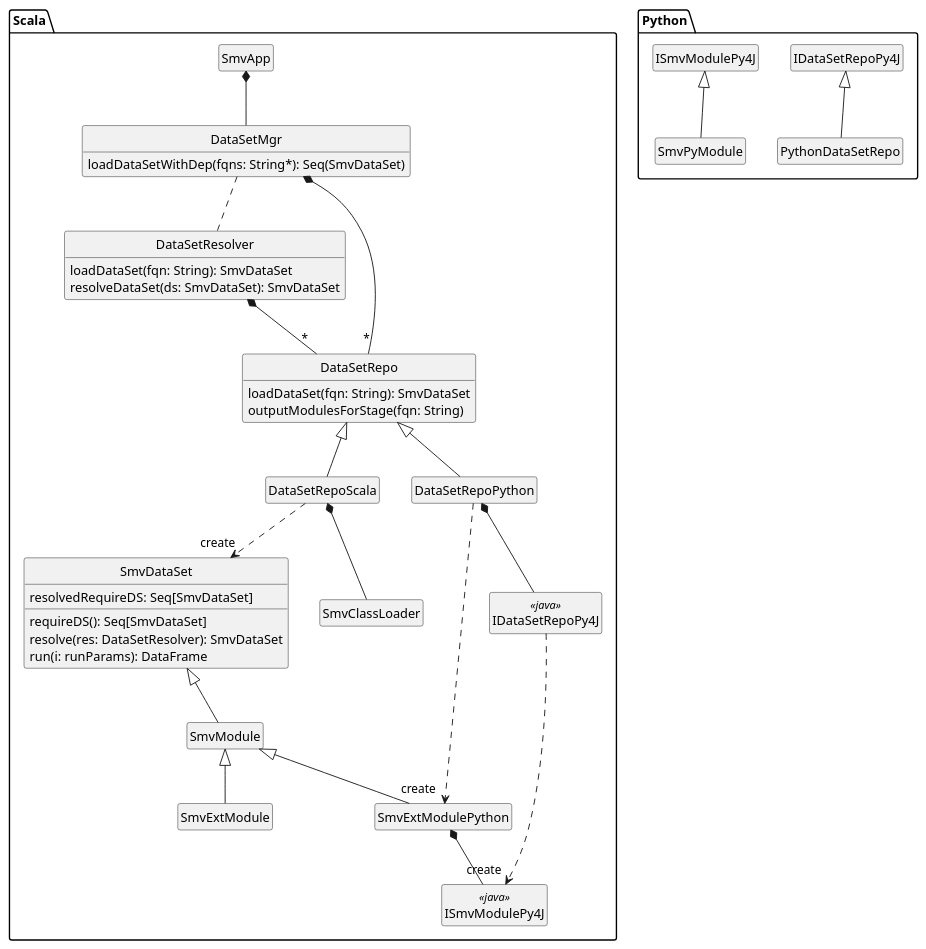
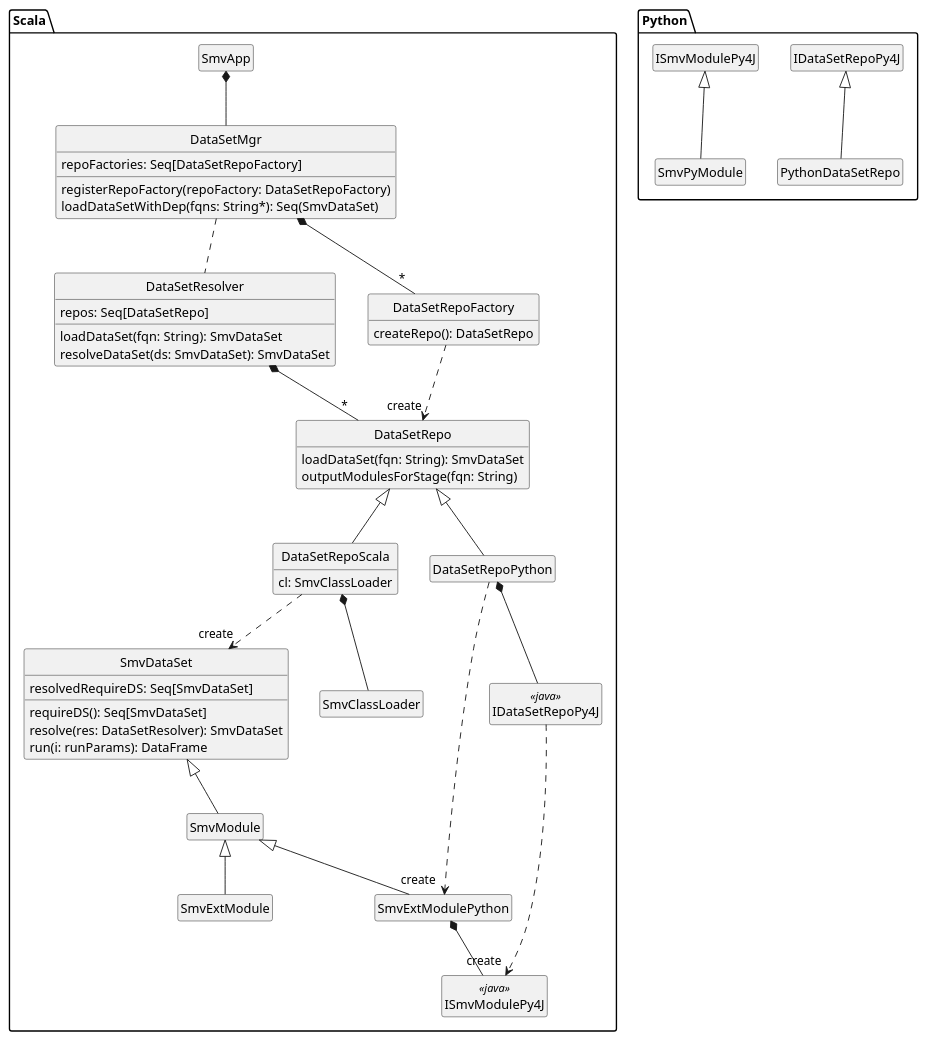
Before and after one commit to TresAmigosSD/SMV: the diagram in docs/design/DataSetMgr/DataSetMgr_class.puml, drawn with PlantUML.

Commit message:
update DataSetMgr class diagram for DataSetRepoFactory

```diff
--- a/docs/design/DataSetMgr/DataSetMgr_class.puml
+++ b/docs/design/DataSetMgr/DataSetMgr_class.puml
@@ -1,53 +1,62 @@
 @startuml
 
 hide empty methods
 hide empty fields
 hide circle
 
 package Scala {
   class SmvApp
   class DataSetMgr {
+    repoFactories: Seq[DataSetRepoFactory]
+    registerRepoFactory(repoFactory: DataSetRepoFactory)
     loadDataSetWithDep(fqns: String*): Seq(SmvDataSet)
   }
   class DataSetResolver {
+    repos: Seq[DataSetRepo]
     loadDataSet(fqn: String): SmvDataSet
     resolveDataSet(ds: SmvDataSet): SmvDataSet
+  }
+  class DataSetRepoFactory {
+    createRepo(): DataSetRepo
   }
   class DataSetRepo {
     loadDataSet(fqn: String): SmvDataSet
     outputModulesForStage(fqn: String)
   }
   together {
-    class DataSetRepoScala extends DataSetRepo
+    class DataSetRepoScala extends DataSetRepo{
+      cl: SmvClassLoader
+    }
     class DataSetRepoPython extends DataSetRepo
   }
   class IDataSetRepoPy4J <<java>>
   class SmvDataSet {
     requireDS(): Seq[SmvDataSet]
     resolve(res: DataSetResolver): SmvDataSet
     run(i: runParams): DataFrame
     resolvedRequireDS: Seq[SmvDataSet]
   }
   class SmvModule extends SmvDataSet
   class SmvExtModule extends SmvModule
   class SmvExtModulePython extends SmvModule
   class ISmvModulePy4J <<java>>
 
   SmvApp *-- DataSetMgr
   DataSetMgr .. DataSetResolver
-  DataSetMgr *-- "*" DataSetRepo
+  DataSetMgr *-- "*" DataSetRepoFactory
   DataSetResolver *-- "*"   DataSetRepo
+  DataSetRepoFactory ..> "create" DataSetRepo
   DataSetRepoScala ..> "create " SmvDataSet
   DataSetRepoScala *-- SmvClassLoader
   SmvExtModulePython *-- ISmvModulePy4J
   DataSetRepoPython *-- IDataSetRepoPy4J
   DataSetRepoPython ..> "create " SmvExtModulePython
   IDataSetRepoPy4J ..> "create " ISmvModulePy4J
 }
 
 package Python {
   class PythonDataSetRepo extends IDataSetRepoPy4J
   class SmvPyModule extends ISmvModulePy4J
 }
 
 @enduml
```
